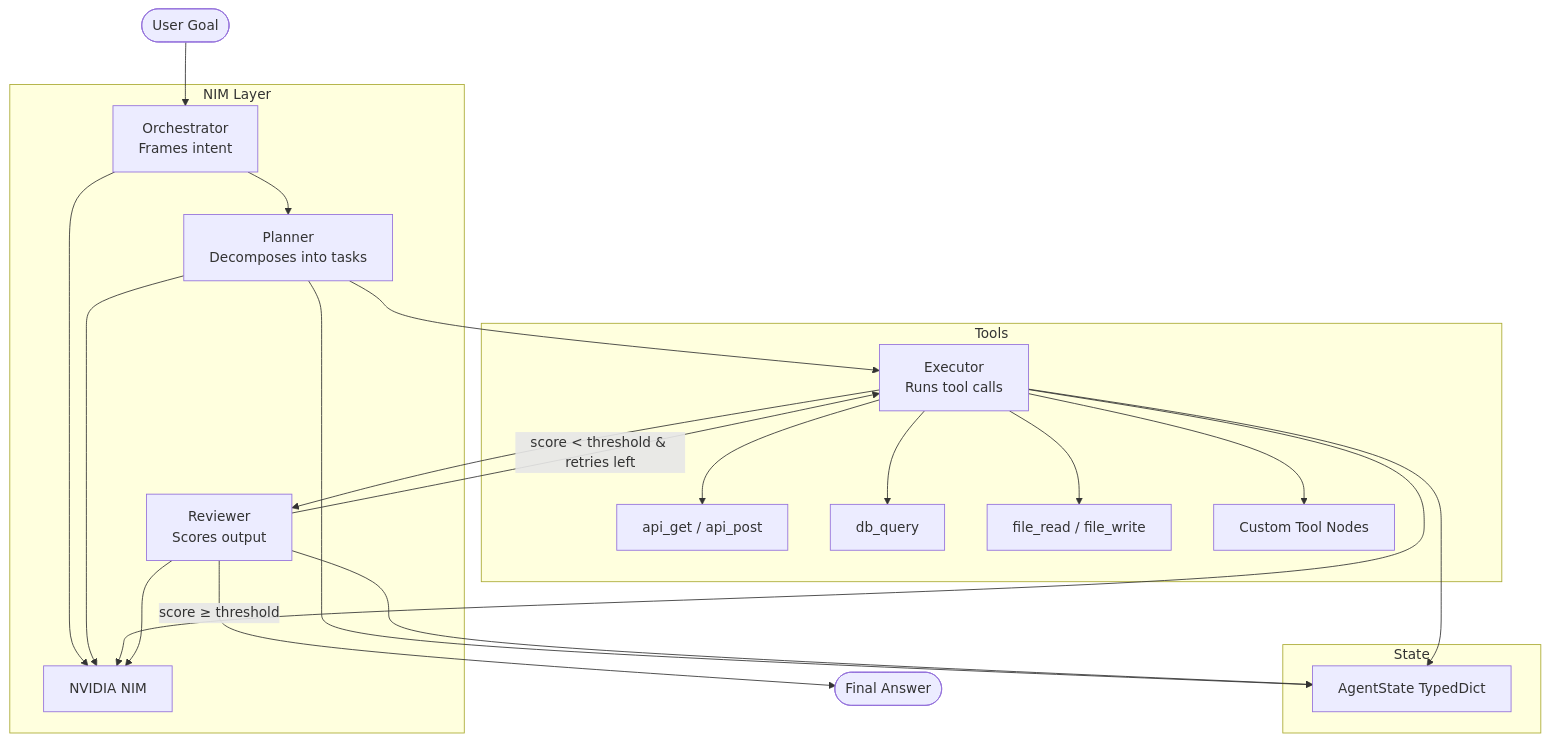
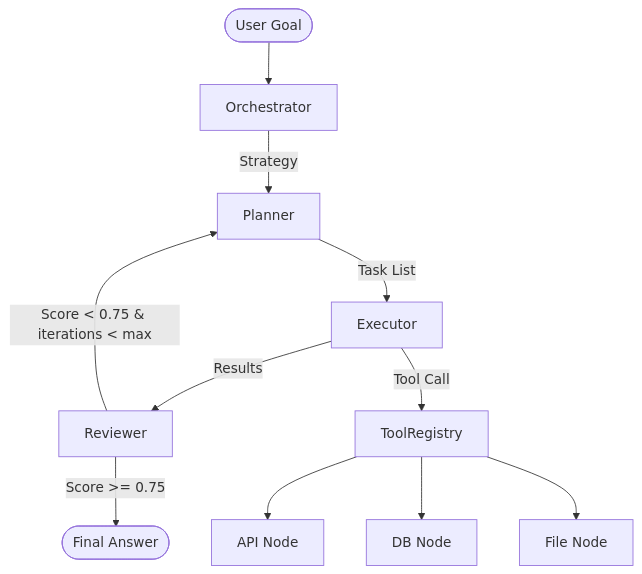
Before and after one commit to TylrDn/multi-agent-reference-architecture: the first of 3 diagrams in docs/architecture.md, drawn with Mermaid. The commit also changed other lines of this file and 21 other files, not shown here.

Commit message:
feat: add tool registry, agent configs, docs, examples, evals, API server, CI, and docker

````diff
--- a/docs/architecture.md
+++ b/docs/architecture.md
@@ -11,29 +8,13 @@
 ```mermaid
 graph TD
-    User([User Goal]) --> Orch[Orchestrator\nFrames intent]
-    Orch --> Plan[Planner\nDecomposes into tasks]
-    Plan --> Exec[Executor\nRuns tool calls]
-    Exec --> Rev[Reviewer\nScores output]
-    Rev -->|score ≥ threshold| END([Final Answer])
-    Rev -->|score < threshold & retries left| Exec
-
-    subgraph Tools
-        Exec --> API[api_get / api_post]
-        Exec --> DB[db_query]
-        Exec --> File[file_read / file_write]
-        Exec --> Custom[Custom Tool Nodes]
-    end
-
-    subgraph NIM Layer
-        Orch --> NIM[NVIDIA NIM]
-        Plan --> NIM
-        Exec --> NIM
-        Rev --> NIM
-    end
-
-    subgraph State
-        Plan --> S[AgentState TypedDict]
-        Exec --> S
-        Rev --> S
-    end
+    A([User Goal]) --> B[Orchestrator]
+    B -->|Strategy| C[Planner]
+    C -->|Task List| D[Executor]
+    D -->|Results| E[Reviewer]
+    E -->|Score >= 0.75| F([Final Answer])
+    E -->|Score < 0.75 & iterations < max| C
+    D -->|Tool Call| G[ToolRegistry]
+    G --> H[API Node]
+    G --> I[DB Node]
+    G --> J[File Node]
 ```
````
